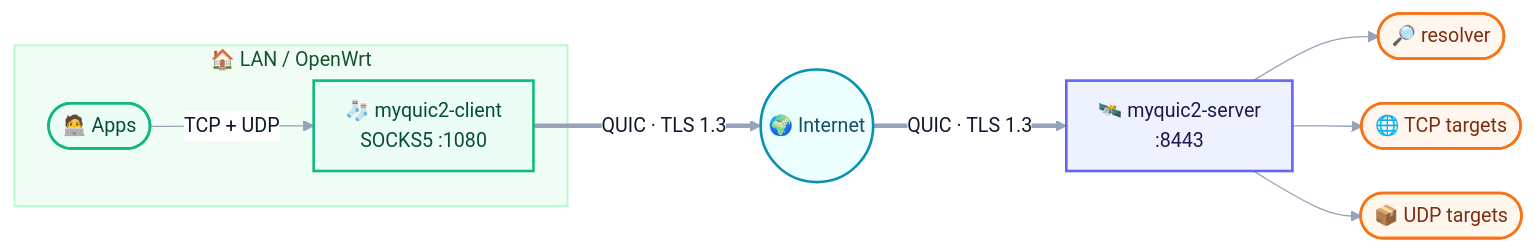
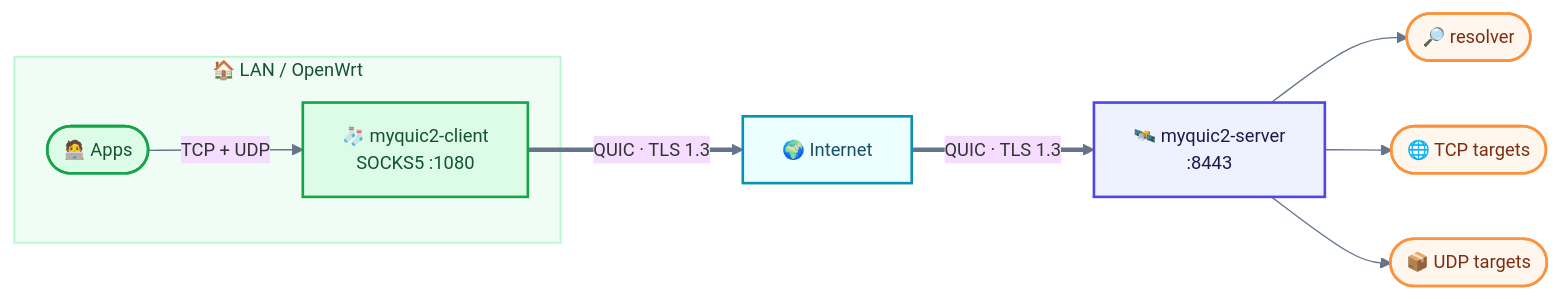
Before and after one commit to Terutoki/MyQUIC2: the fourth of 25 diagrams in README.md, drawn with Mermaid. The commit also changed other lines of this file, not shown here.

````diff
--- a/README.md
+++ b/README.md
@@ -359,28 +359,28 @@
 ```mermaid
-%%{init: {"theme":"base","themeVariables":{"fontSize":"15px","primaryColor":"#eef2ff","primaryTextColor":"#0f172a","primaryBorderColor":"#6366f1","lineColor":"#94a3b8","secondaryColor":"#ecfeff","tertiaryColor":"#fff7ed","edgeLabelBackground":"#ffffff","clusterBkg":"#f8fafc","clusterBorder":"#e2e8f0","mainBkg":"#ffffff","noteBkgColor":"#eff6ff","noteBorderColor":"#93c5fd","noteTextColor":"#1e3a8a"},"flowchart":{"curve":"basis","nodeSpacing":34,"rankSpacing":52,"padding":12,"htmlLabels":true}} }%%
+%%{init: {"theme":"base","themeVariables":{"fontSize":"14px","lineColor":"#64748b"}}}%%
 flowchart LR
 subgraph LAN["🏠 LAN / OpenWrt"]
         APPS(["🧑‍💻 Apps"])
         CLIENT["🧦 myquic2-client<br/>SOCKS5 :1080"]
         APPS -->|"TCP + UDP"| CLIENT
     end
-    CLIENT ==>|"QUIC · TLS 1.3"| NET(("🌍 Internet"))
+    CLIENT ==>|"QUIC · TLS 1.3"| NET["🌍 Internet"]
     NET ==>|"QUIC · TLS 1.3"| SRV["🛰️ myquic2-server<br/>:8443"]
     SRV --> RES(["🔎 resolver"])
     SRV --> TCP(["🌐 TCP targets"])
     SRV --> UDP(["📦 UDP targets"])
     class APPS,CLIENT clientC
     class NET wireC
     class SRV coreC
     class RES,TCP,UDP warmC
     style LAN fill:#f0fdf4,stroke:#bbf7d0,stroke-width:1.5px,color:#14532d
 
-    classDef clientC fill:#ecfdf5,stroke:#10b981,stroke-width:2px,color:#064e3b
-    classDef coreC fill:#eef2ff,stroke:#6366f1,stroke-width:2px,color:#1e1b4b
+    classDef clientC fill:#dcfce7,stroke:#16a34a,stroke-width:2px,color:#14532d
+    classDef coreC fill:#eef2ff,stroke:#4f46e5,stroke-width:2px,color:#1e1b4b
     classDef wireC fill:#ecfeff,stroke:#0891b2,stroke-width:2px,color:#164e63
-    classDef warmC fill:#fff7ed,stroke:#f97316,stroke-width:2px,color:#7c2d12
+    classDef warmC fill:#fff7ed,stroke:#fb923c,stroke-width:2px,color:#7c2d12
     classDef dangerC fill:#fff1f2,stroke:#e11d48,stroke-width:2px,color:#881337
     classDef muteC fill:#f8fafc,stroke:#cbd5e1,color:#475569
-    classDef noteC fill:#f5f3ff,stroke:#8b5cf6,stroke-width:1.5px,color:#4c1d95
-    classDef decisionC fill:#fef3c7,stroke:#d97706,stroke-width:2px,color:#78350f
+    classDef noteC fill:#e0e7ff,stroke:#8b5cf6,stroke-width:1.5px,color:#312e81
+    classDef decisionC fill:#fef9c3,stroke:#eab308,stroke-width:2px,color:#713f12
 ```
````
